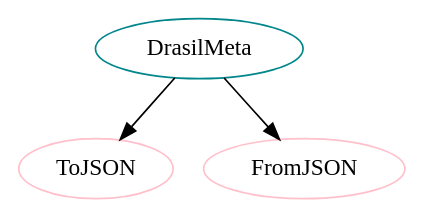
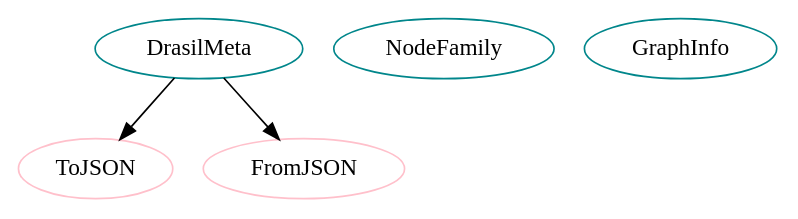
The diagram in analysis/ClassInstDep/packagegraphs/metadata.dot (JacquesCarette/Drasil), drawn with Graphviz before and after one commit. The commit also changed 558 other files, not shown here.

```diff
--- a/analysis/ClassInstDep/packagegraphs/metadata.dot
+++ b/analysis/ClassInstDep/packagegraphs/metadata.dot
@@ -1,7 +1,9 @@
 digraph metadata{
 DrasilMeta	[shape=oval, color=turquoise4, label="DrasilMeta"];
+NodeFamily	[shape=oval, color=turquoise4, label="NodeFamily"];
+GraphInfo	[shape=oval, color=turquoise4, label="GraphInfo"];
 ToJSON	[shape=oval, color=pink, label="ToJSON"];
 FromJSON	[shape=oval, color=pink, label="FromJSON"];
 DrasilMeta -> ToJSON;
 DrasilMeta -> FromJSON;
 }
```
